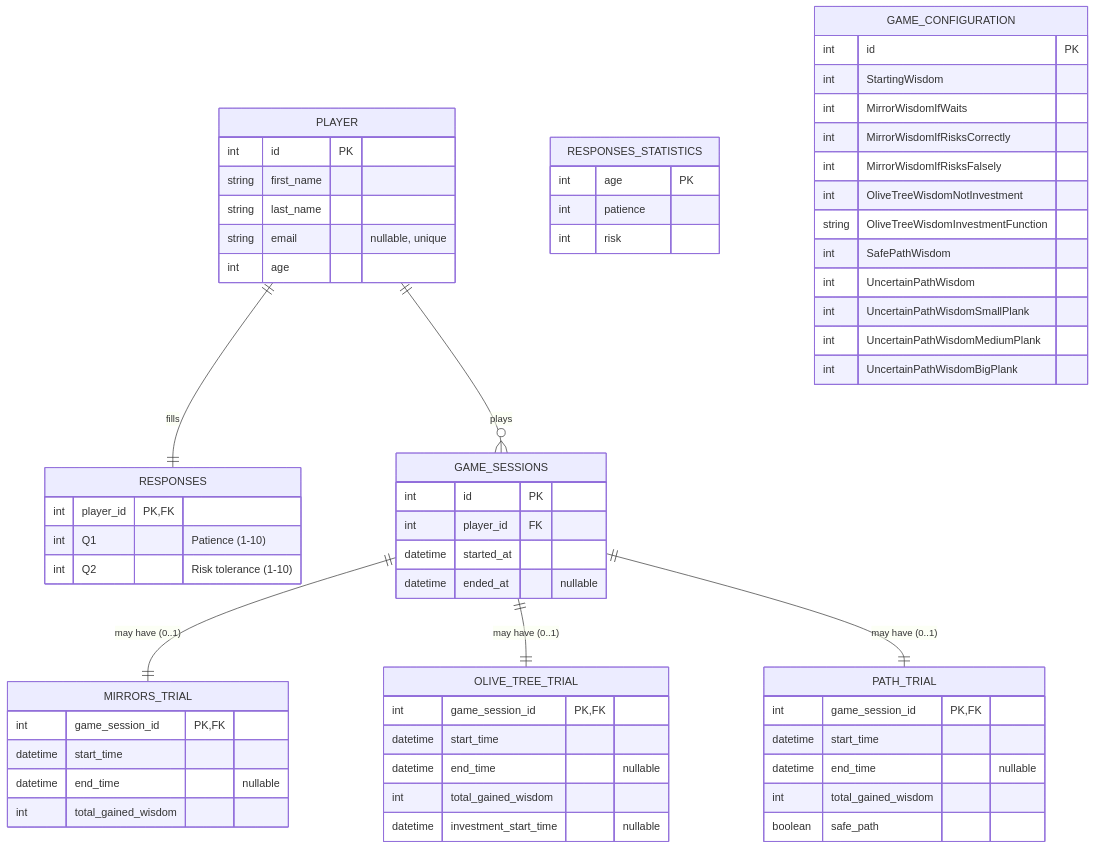
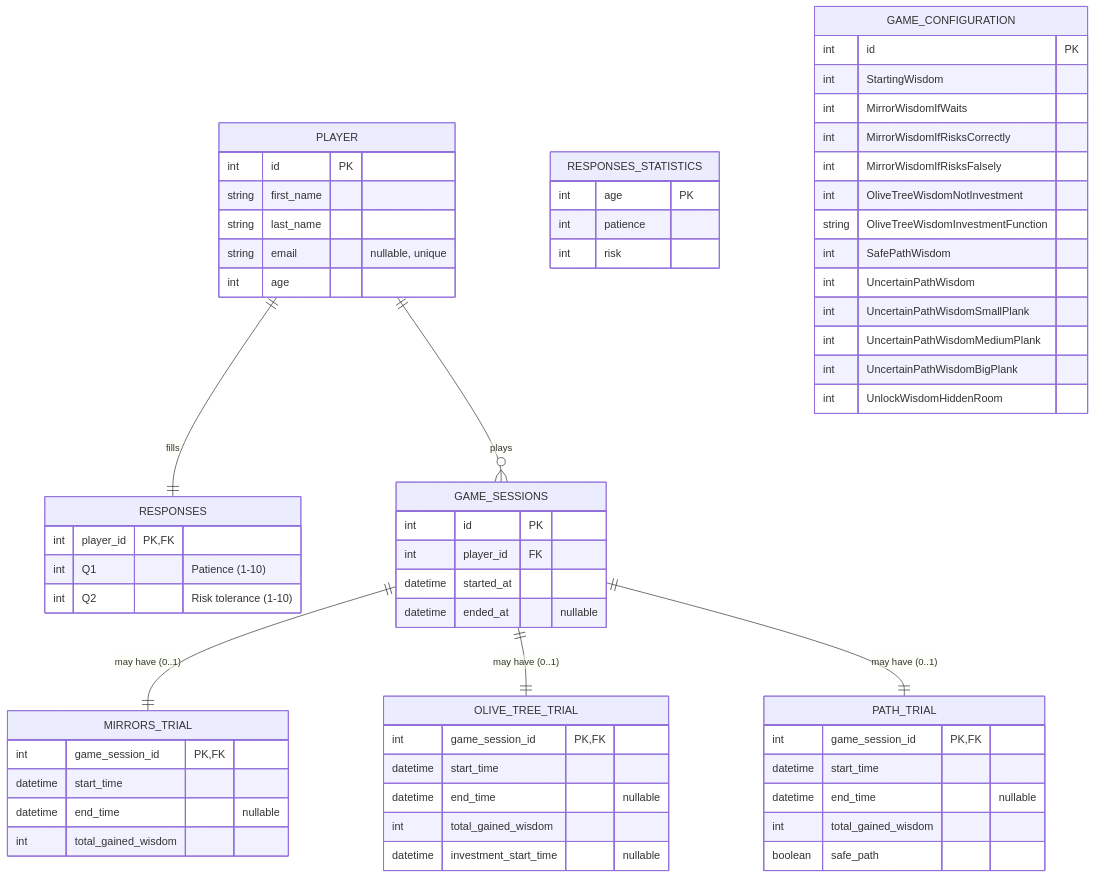
Before and after one commit to dgodolias/AthensSecret_VR-MR_Game: the diagram in docs/relationships.md, drawn with Mermaid. The commit also changed 6 other files, not shown here.

Commit message:
added unlock wisdom hidden room field

````diff
--- a/docs/relationships.md
+++ b/docs/relationships.md
@@ -3,73 +3,74 @@
 ```mermaid
 erDiagram
   PLAYER {
     int id PK
     string first_name
     string last_name
     string email "nullable, unique"
     int age
   }
 
   RESPONSES {
     int player_id PK, FK
     int Q1 "Patience (1-10)"
     int Q2 "Risk tolerance (1-10)"
   }
 
   RESPONSES_STATISTICS {
     int age PK
     int patience
     int risk
   }
 
   GAME_SESSIONS {
     int id PK
     int player_id FK
     datetime started_at
     datetime ended_at "nullable"
   }
 
   MIRRORS_TRIAL {
     int game_session_id PK, FK
     datetime start_time
     datetime end_time "nullable"
     int total_gained_wisdom
   }
 
   OLIVE_TREE_TRIAL {
     int game_session_id PK, FK
     datetime start_time
     datetime end_time "nullable"
     int total_gained_wisdom
     datetime investment_start_time "nullable"
   }
 
   PATH_TRIAL {
     int game_session_id PK, FK
     datetime start_time
     datetime end_time "nullable"
     int total_gained_wisdom
     boolean safe_path
   }
 
   GAME_CONFIGURATION {
     int id PK
     int StartingWisdom
     int MirrorWisdomIfWaits
     int MirrorWisdomIfRisksCorrectly
     int MirrorWisdomIfRisksFalsely
     int OliveTreeWisdomNotInvestment
     string OliveTreeWisdomInvestmentFunction
     int SafePathWisdom
     int UncertainPathWisdom
     int UncertainPathWisdomSmallPlank
     int UncertainPathWisdomMediumPlank
     int UncertainPathWisdomBigPlank
+    int UnlockWisdomHiddenRoom
   }
 
   PLAYER ||--|| RESPONSES : "fills"
   PLAYER ||--o{ GAME_SESSIONS : "plays"
   GAME_SESSIONS ||--|| MIRRORS_TRIAL : "may have (0..1)"
   GAME_SESSIONS ||--|| OLIVE_TREE_TRIAL : "may have (0..1)"
   GAME_SESSIONS ||--|| PATH_TRIAL : "may have (0..1)"
 ```
````
